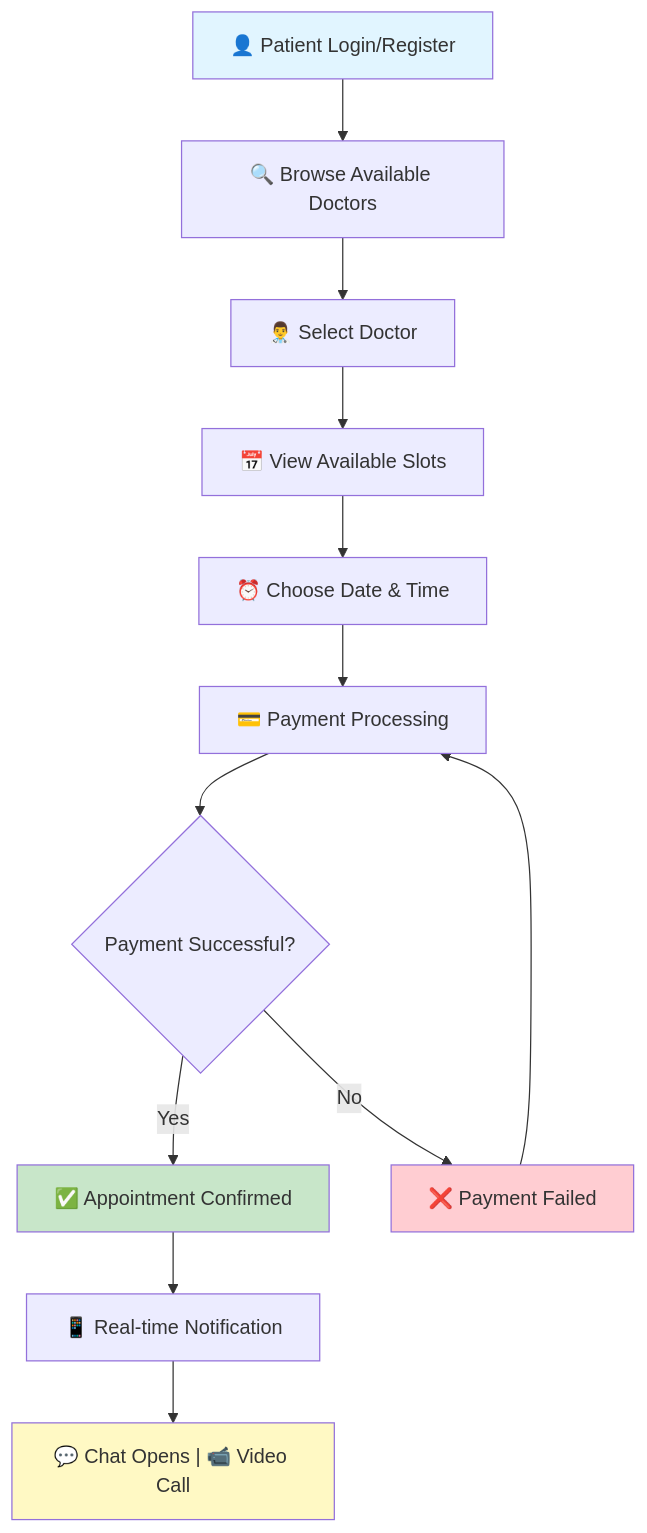
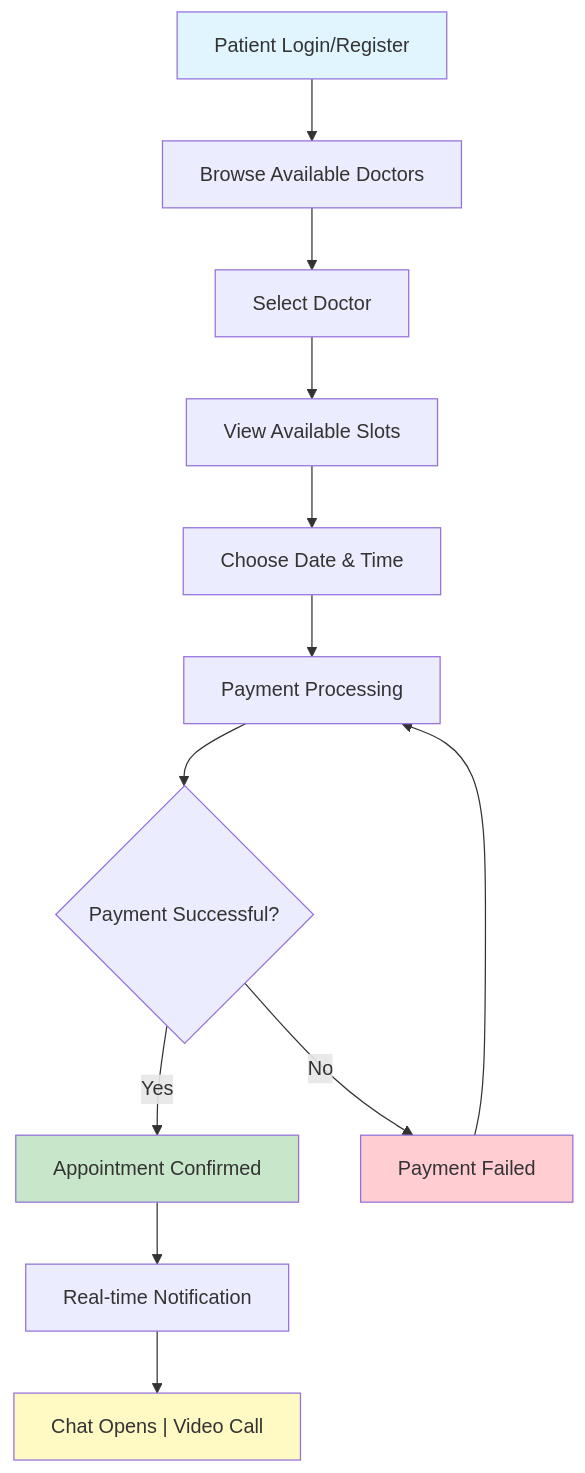
One commit to ankitkumar-09/ArogYam changed the first of 3 diagrams in README.md. Above: the diagram before and after it, drawn with Mermaid. The commit also changed other lines of this file, not shown here.

````diff
--- a/README.md
+++ b/README.md
@@ -45,19 +45,19 @@
 ```mermaid
 flowchart TD
-    A["👤 Patient Login/Register"] --> B["🔍 Browse Available Doctors"]
-    B --> C["👨‍⚕️ Select Doctor"]
-    C --> D["📅 View Available Slots"]
-    D --> E["⏰ Choose Date & Time"]
-    E --> F["💳 Payment Processing"]
+    A["Patient Login/Register"] --> B["Browse Available Doctors"]
+    B --> C["Select Doctor"]
+    C --> D["View Available Slots"]
+    D --> E["Choose Date & Time"]
+    E --> F["Payment Processing"]
     F --> G{Payment Successful?}
-    G -->|Yes| H["✅ Appointment Confirmed"]
-    G -->|No| I["❌ Payment Failed"]
+    G -->|Yes| H["Appointment Confirmed"]
+    G -->|No| I["Payment Failed"]
     I --> F
-    H --> J["📱 Real-time Notification"]
-    J --> K["💬 Chat Opens | 📹 Video Call"]
+    H --> J["Real-time Notification"]
+    J --> K["Chat Opens | Video Call"]
     
     style A fill:#e1f5ff
     style H fill:#c8e6c9
     style I fill:#ffcdd2
     style K fill:#fff9c4
 ```
````
